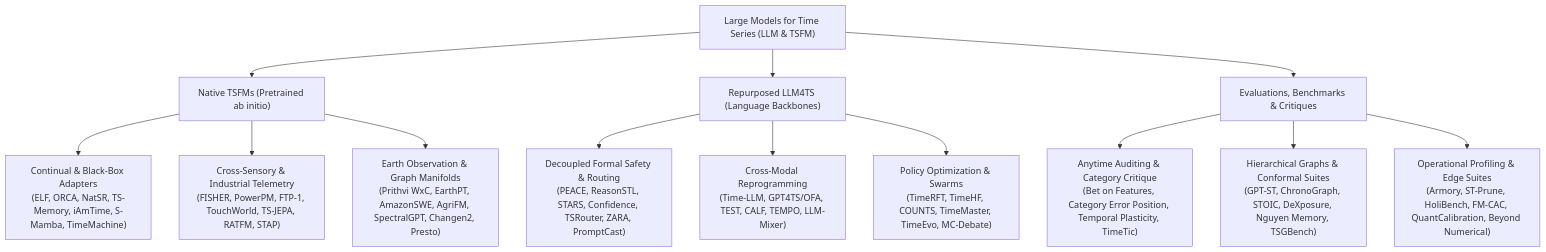
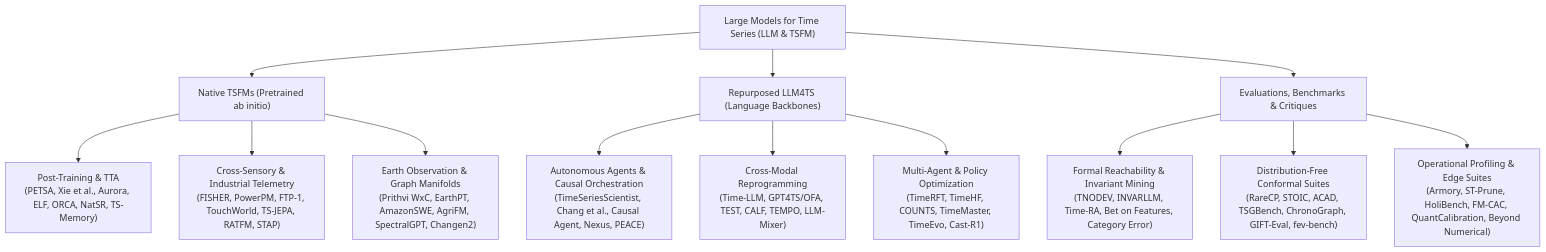
The diagram in README.md (lihuirui/awesome-llm-time-series-foundation-models-survey), drawn with Mermaid before and after one commit. The commit also changed other lines of this file and 26 other files, not shown here.

Commit message:
feat(iter-16): unified post-training, autonomous causal agents & formal reachability verification

````diff
--- a/README.md
+++ b/README.md
@@ -31,19 +31,19 @@
 ```mermaid
 graph TD
     Root["Large Models for Time Series (LLM & TSFM)"]
     Root --> P1["Native TSFMs (Pretrained ab initio)"]
     Root --> P2["Repurposed LLM4TS (Language Backbones)"]
     Root --> P3["Evaluations, Benchmarks & Critiques"]
 
-    P1 --> P1_Cont["Continual & Black-Box Adapters<br/>(ELF, ORCA, NatSR, TS-Memory, iAmTime, S-Mamba, TimeMachine)"]
+    P1 --> P1_Post["Post-Training & TTA<br/>(PETSA, Xie et al., Aurora, ELF, ORCA, NatSR, TS-Memory)"]
     P1 --> P1_Cross["Cross-Sensory & Industrial Telemetry<br/>(FISHER, PowerPM, FTP-1, TouchWorld, TS-JEPA, RATFM, STAP)"]
-    P1 --> P1_Earth["Earth Observation & Graph Manifolds<br/>(Prithvi WxC, EarthPT, AmazonSWE, AgriFM, SpectralGPT, Changen2, Presto)"]
+    P1 --> P1_Earth["Earth Observation & Graph Manifolds<br/>(Prithvi WxC, EarthPT, AmazonSWE, AgriFM, SpectralGPT, Changen2)"]
 
-    P2 --> P2_Safe["Decoupled Formal Safety & Routing<br/>(PEACE, ReasonSTL, STARS, Confidence, TSRouter, ZARA, PromptCast)"]
+    P2 --> P2_Agent["Autonomous Agents & Causal Orchestration<br/>(TimeSeriesScientist, Chang et al., Causal Agent, Nexus, PEACE)"]
     P2 --> P2_Reprog["Cross-Modal Reprogramming<br/>(Time-LLM, GPT4TS/OFA, TEST, CALF, TEMPO, LLM-Mixer)"]
-    P2 --> P2_Agent["Policy Optimization & Swarms<br/>(TimeRFT, TimeHF, COUNTS, TimeMaster, TimeEvo, MC-Debate)"]
+    P2 --> P2_Policy["Multi-Agent & Policy Optimization<br/>(TimeRFT, TimeHF, COUNTS, TimeMaster, TimeEvo, Cast-R1)"]
 
-    P3 --> P3_Critique["Anytime Auditing & Category Critique<br/>(Bet on Features, Category Error Position, Temporal Plasticity, TimeTic)"]
-    P3 --> P3_Graph["Hierarchical Graphs & Conformal Suites<br/>(GPT-ST, ChronoGraph, STOIC, DeXposure, Nguyen Memory, TSGBench)"]
-    P3 --> P3_Energy["Operational Profiling & Edge Suites<br/>(Armory, ST-Prune, HoliBench, FM-CAC, QuantCalibration, Beyond Numerical)"]
+    P3 --> P3_Reach["Formal Reachability & Invariant Mining<br/>(TNODEV, INVARLLM, Time-RA, Bet on Features, Category Error)"]
+    P3 --> P3_Conf["Distribution-Free Conformal Suites<br/>(RareCP, STOIC, ACAD, TSGBench, ChronoGraph, GIFT-Eval, fev-bench)"]
+    P3 --> P3_Edge["Operational Profiling & Edge Suites<br/>(Armory, ST-Prune, HoliBench, FM-CAC, QuantCalibration, Beyond Numerical)"]
 ```
````
